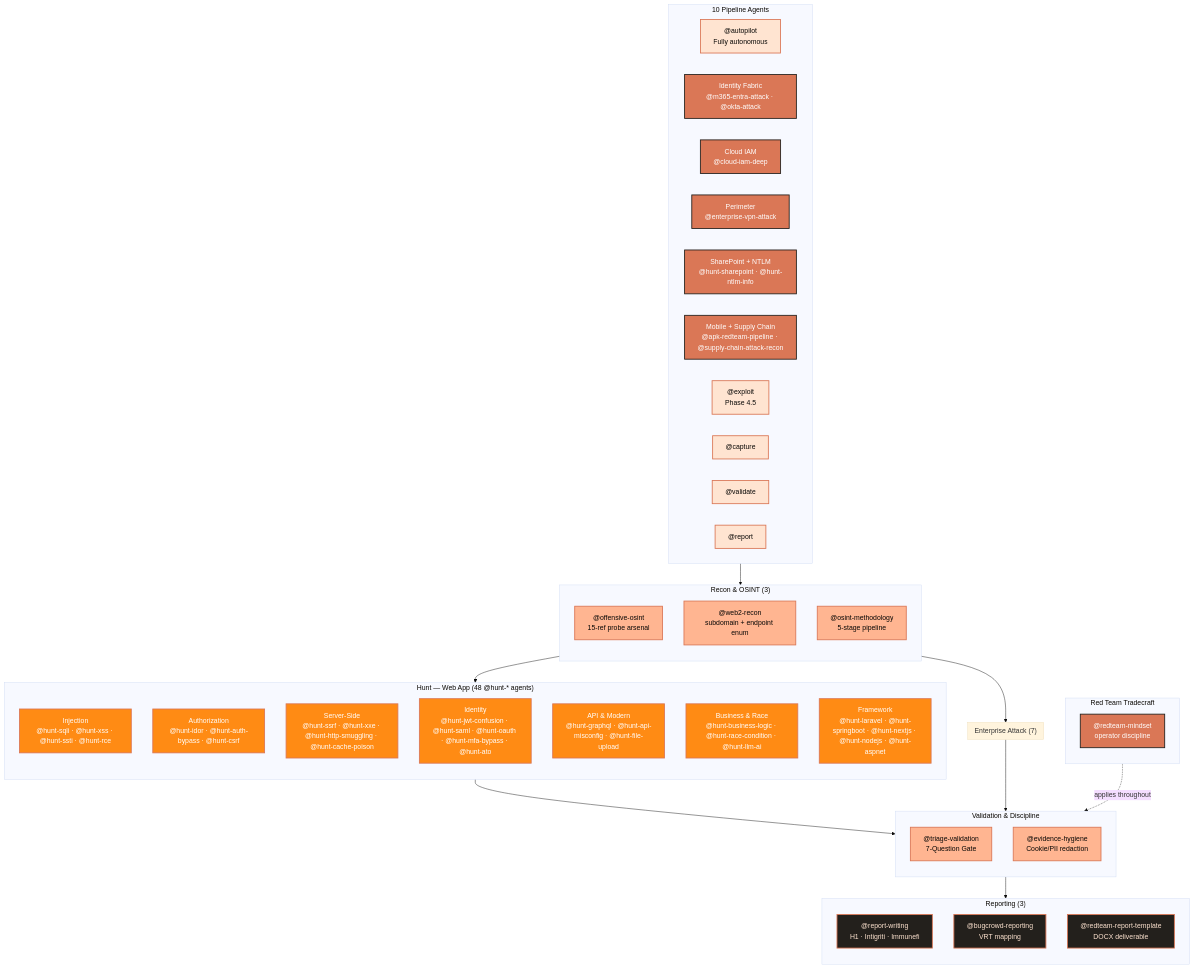
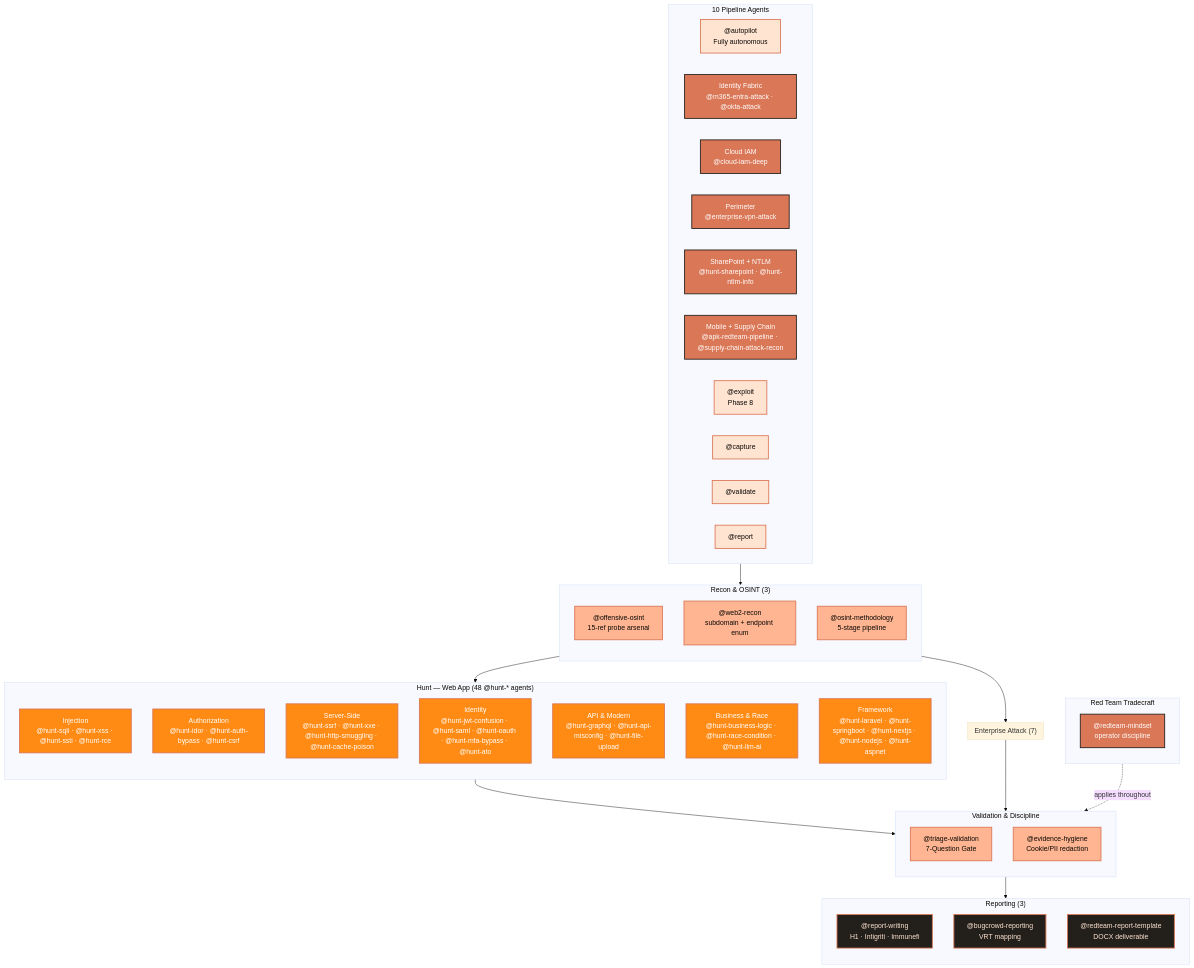
The first of 2 diagrams in README.md (manojxshrestha/dristi), drawn with Mermaid (base theme) before and after one commit. The commit also changed other lines of this file and 76 other files, not shown here.

````diff
--- a/README.md
+++ b/README.md
@@ -79,78 +79,78 @@
 ```mermaid
 graph TB
     classDef pipeline fill:#FFE4D1,stroke:#DA7756,stroke-width:2px,color:#080705
     classDef recon fill:#FFB591,stroke:#DA7756,stroke-width:2px,color:#080705
     classDef hunt fill:#FF8B14,stroke:#DA7756,stroke-width:2px,color:#fff
     classDef platform fill:#DA7756,stroke:#23201C,stroke-width:2px,color:#fff
     classDef mobile fill:#E8A87C,stroke:#DA7756,stroke-width:2px,color:#080705
     classDef redteam fill:#DA7756,stroke:#23201C,stroke-width:2px,color:#fff
     classDef validate fill:#FFB591,stroke:#DA7756,stroke-width:2px,color:#080705
     classDef report fill:#23201C,stroke:#DA7756,stroke-width:2px,color:#FFE4D1
 
     subgraph PIPELINE ["10 Pipeline Agents"]
         direction LR
         P0["@autopilot<br/>Fully autonomous"]:::pipeline
         P1["@consult<br/>Interactive mode"]:::pipeline
         P2["@scope"]:::pipeline
         P3["@recon"]:::pipeline
         P4["@surface"]:::pipeline
         P5["@hunt"]:::pipeline
-        P5a["@exploit<br/>Phase 4.5"]:::pipeline
+        P5a["@exploit<br/>Phase 8"]:::pipeline
         P6["@capture"]:::pipeline
         P7["@validate"]:::pipeline
         P8["@report"]:::pipeline
     end
 
     subgraph RECON ["Recon & OSINT (3)"]
         direction TB
         R1["@offensive-osint<br/>15-ref probe arsenal"]:::recon
         R2["@web2-recon<br/>subdomain + endpoint enum"]:::recon
         R3["@osint-methodology<br/>5-stage pipeline"]:::recon
     end
 
     subgraph HUNT ["Hunt — Web App (48 @hunt-* agents)"]
         direction TB
         H1["Injection<br/>@hunt-sqli · @hunt-xss · @hunt-ssti · @hunt-rce"]:::hunt
         H2["Authorization<br/>@hunt-idor · @hunt-auth-bypass · @hunt-csrf"]:::hunt
         H3["Server-Side<br/>@hunt-ssrf · @hunt-xxe · @hunt-http-smuggling · @hunt-cache-poison"]:::hunt
         H4["Identity<br/>@hunt-jwt-confusion · @hunt-saml · @hunt-oauth · @hunt-mfa-bypass · @hunt-ato"]:::hunt
         H5["API & Modern<br/>@hunt-graphql · @hunt-api-misconfig · @hunt-file-upload"]:::hunt
         H6["Business & Race<br/>@hunt-business-logic · @hunt-race-condition · @hunt-llm-ai"]:::hunt
         H7["Framework<br/>@hunt-laravel · @hunt-springboot · @hunt-nextjs · @hunt-nodejs · @hunt-aspnet"]:::hunt
     end
 
     subgraph PLATFORM ["Enterprise Attack (7)"]
         direction TB
         P1["Identity Fabric<br/>@m365-entra-attack · @okta-attack"]:::platform
         P2["Cloud IAM<br/>@cloud-iam-deep"]:::platform
         P3["Perimeter<br/>@enterprise-vpn-attack"]:::platform
         P4["SharePoint + NTLM<br/>@hunt-sharepoint · @hunt-ntlm-info"]:::platform
         P5["Mobile + Supply Chain<br/>@apk-redteam-pipeline · @supply-chain-attack-recon"]:::platform
     end
 
     subgraph REDTEAM ["Red Team Tradecraft"]
         direction TB
         RT1["@redteam-mindset<br/>operator discipline"]:::redteam
     end
 
     subgraph VALIDATE ["Validation & Discipline"]
         direction TB
         V1["@triage-validation<br/>7-Question Gate"]:::validate
         V2["@evidence-hygiene<br/>Cookie/PII redaction"]:::validate
     end
 
     subgraph REPORT ["Reporting (3)"]
         direction TB
         E1["@report-writing<br/>H1 · Intigriti · Immunefi"]:::report
         E2["@bugcrowd-reporting<br/>VRT mapping"]:::report
         E3["@redteam-report-template<br/>DOCX deliverable"]:::report
     end
 
     PIPELINE --> RECON
     RECON --> HUNT
     RECON --> PLATFORM
     HUNT --> VALIDATE
     PLATFORM --> VALIDATE
     REDTEAM -.applies throughout.-> VALIDATE
     VALIDATE --> REPORT
 ```
````
